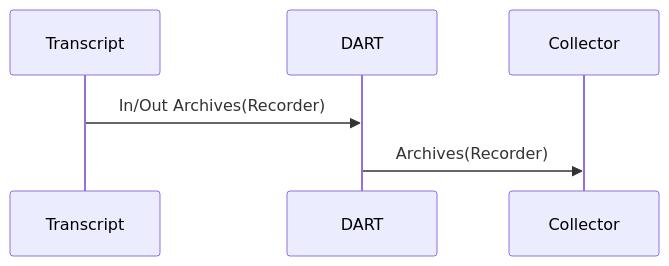
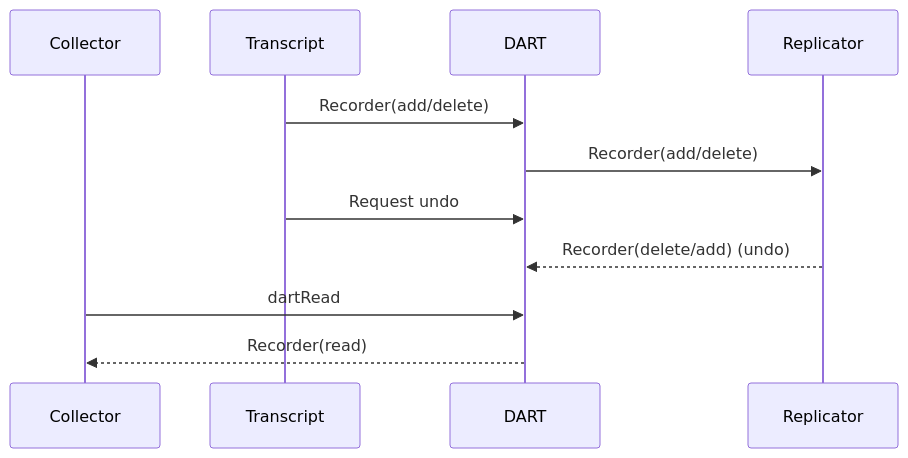
One commit to tagion/tagion changed the second of 2 diagrams in documents/architecture/DART.md. Above: the diagram before and after it, drawn with Mermaid. The commit also changed other lines of this file and 4 other files, not shown here.

````diff
--- a/documents/architecture/DART.md
+++ b/documents/architecture/DART.md
@@ -89,8 +101,13 @@
 ```mermaid
 sequenceDiagram
+    participant Collector
     participant Transcript
     participant DART 
-    participant Collector
-    Transcript ->> DART: In/Out Archives(Recorder)
-    DART ->> Collector: Archives(Recorder)
+    participant Replicator
+    Transcript ->> DART: Recorder(add/delete)
+    DART ->> Replicator: Recorder(add/delete)
+    Transcript ->> DART: Request undo
+    Replicator -->> DART: Recorder(delete/add) (undo)
+    Collector ->> DART: dartRead
+    DART -->> Collector: Recorder(read)
 ```
````
